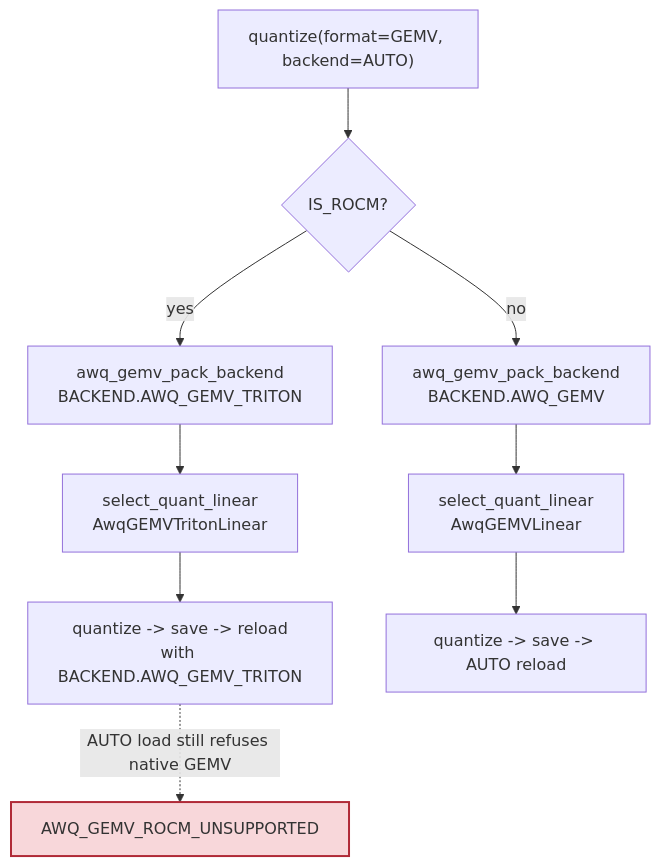
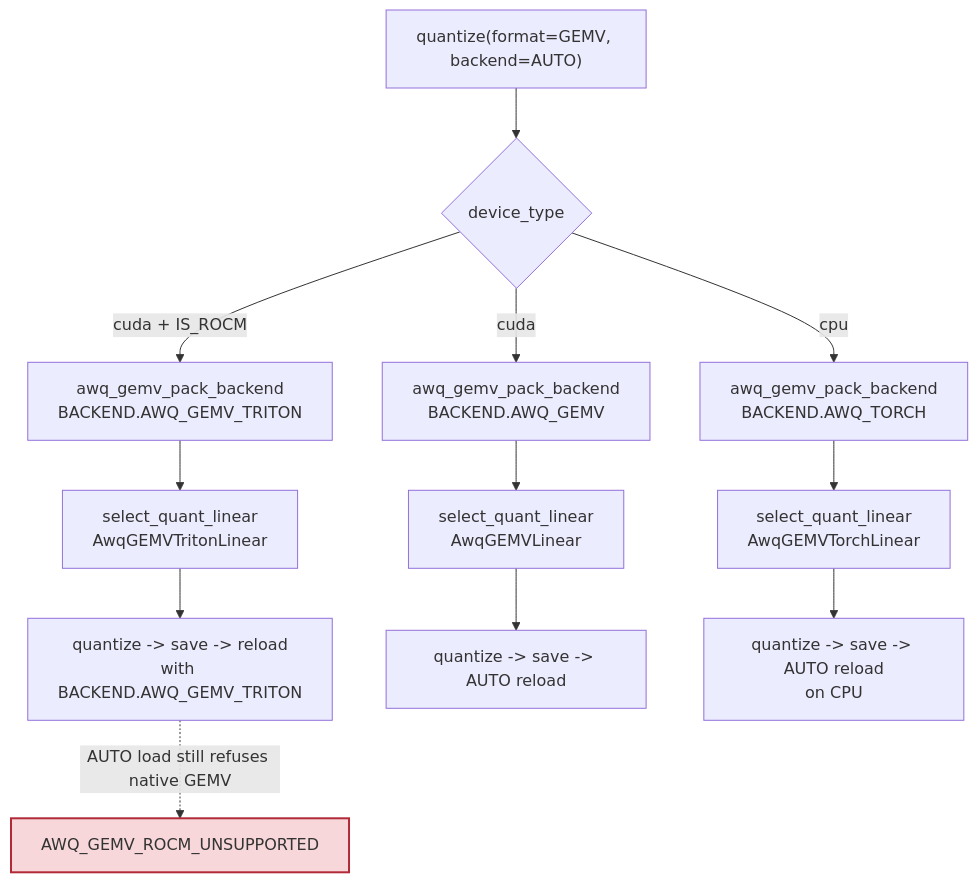
Before and after one commit to ModelCloud/GPTQModel: the first of 6 diagrams in docs/rocm-rdna4.md, drawn with Mermaid. The commit also changed other lines of this file and 7 other files, not shown here.

First line of the commit message:
fix(awq): give FORMAT.GEMV a CPU in-session reader (#4554)

````diff
--- a/docs/rocm-rdna4.md
+++ b/docs/rocm-rdna4.md
@@ -68,12 +71,15 @@
 ```mermaid
 flowchart TD
-    A["quantize(format=GEMV, backend=AUTO)"] --> B{"IS_ROCM?"}
-    B -- "yes" --> C["awq_gemv_pack_backend<br/>BACKEND.AWQ_GEMV_TRITON"]
-    B -- "no" --> D["awq_gemv_pack_backend<br/>BACKEND.AWQ_GEMV"]
+    A["quantize(format=GEMV, backend=AUTO)"] --> B{"device_type"}
+    B -- "cpu" --> J["awq_gemv_pack_backend<br/>BACKEND.AWQ_TORCH"]
+    B -- "cuda + IS_ROCM" --> C["awq_gemv_pack_backend<br/>BACKEND.AWQ_GEMV_TRITON"]
+    B -- "cuda" --> D["awq_gemv_pack_backend<br/>BACKEND.AWQ_GEMV"]
     C --> E["select_quant_linear<br/>AwqGEMVTritonLinear"]
     D --> F["select_quant_linear<br/>AwqGEMVLinear"]
+    J --> K["select_quant_linear<br/>AwqGEMVTorchLinear"]
     E --> G["quantize -> save -> reload<br/>with BACKEND.AWQ_GEMV_TRITON"]
     F --> H["quantize -> save -> AUTO reload"]
+    K --> L["quantize -> save -> AUTO reload<br/>on CPU"]
     G -. "AUTO load still refuses native GEMV" .-> I["AWQ_GEMV_ROCM_UNSUPPORTED"]
     style I fill:#f8d7da,stroke:#b02a37,stroke-width:2px
 ```
````
